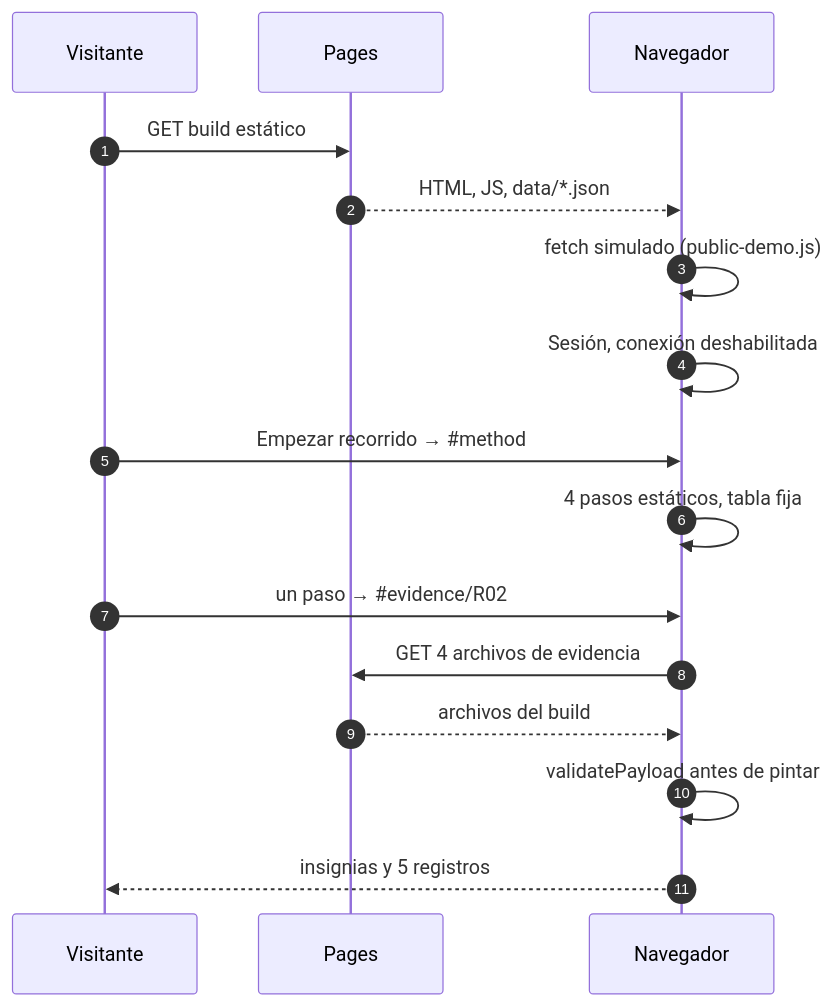
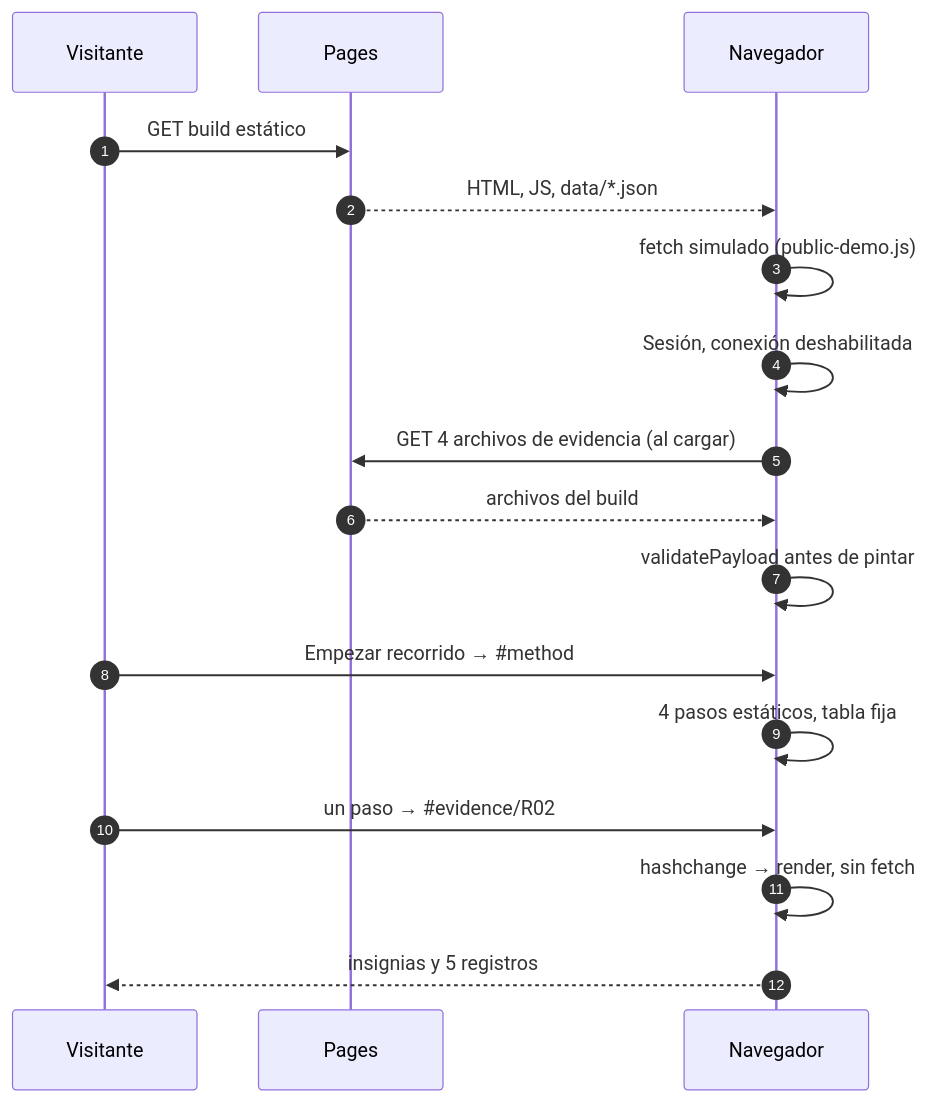
Before and after one commit to marcodiazleon/ai-implementation-lab: the first of 6 diagrams in docs/book/03-recorrido-del-codigo.md, drawn with Mermaid. The commit also changed other lines of this file and 3 other files, not shown here.

First line of the commit message:
Fidelity items from the internal review of the eleven diagrams applied

````diff
--- a/docs/book/03-recorrido-del-codigo.md
+++ b/docs/book/03-recorrido-del-codigo.md
@@ -26,18 +26,19 @@
 ```mermaid
 sequenceDiagram
   autonumber
   participant V as Visitante
   participant P as Pages
   participant N as Navegador
   V->>P: GET build estático
   P-->>N: HTML, JS, data/*.json
   N->>N: fetch simulado (public-demo.js)
   N->>N: Sesión, conexión deshabilitada
+  N->>P: GET 4 archivos de evidencia (al cargar)
+  P-->>N: archivos del build
+  N->>N: validatePayload antes de pintar
   V->>N: Empezar recorrido → #35;method
   N->>N: 4 pasos estáticos, tabla fija
   V->>N: un paso → #35;evidence/R02
-  N->>P: GET 4 archivos de evidencia
-  P-->>N: archivos del build
-  N->>N: validatePayload antes de pintar
+  N->>N: hashchange → render, sin fetch
   N-->>V: insignias y 5 registros
 ```
````
